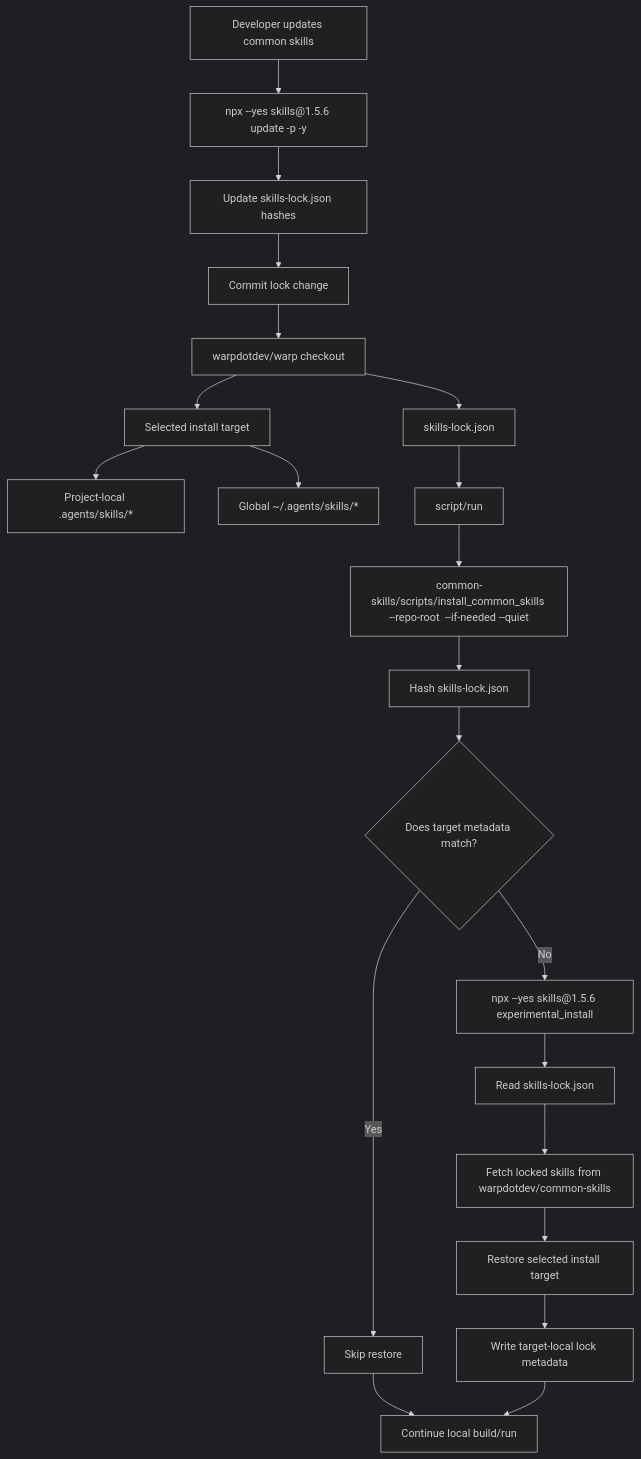
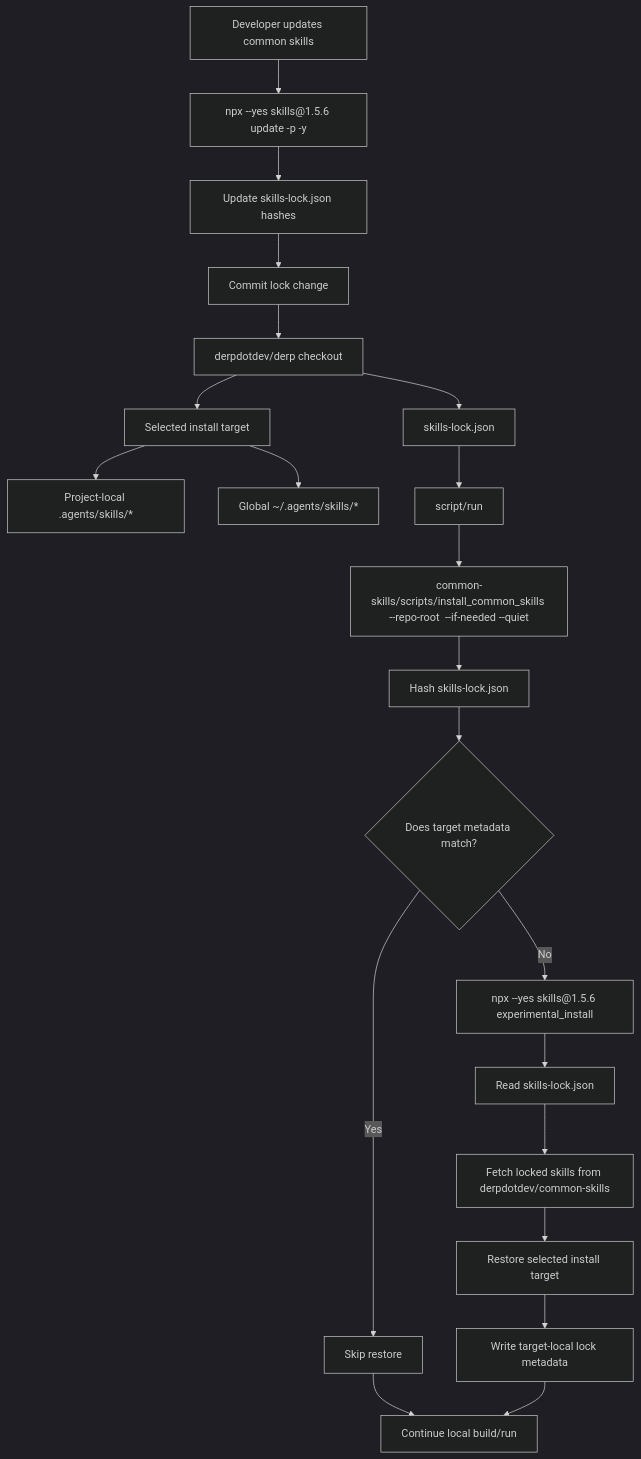
One commit to antikrust/krust-terminal changed the first of 2 diagrams in specs/common-skills-installation/TECH.md. Above: the diagram before and after it, drawn with Mermaid (dark theme). The commit also changed other lines of this file and 9069 other files, not shown here.

First line of the commit message:
Rebrand Warp -> Derp; vendor and disconnect all external deps

````diff
--- a/specs/common-skills-installation/TECH.md
+++ b/specs/common-skills-installation/TECH.md
@@ -14,27 +14,27 @@
 ```mermaid
 flowchart TD
-  A["warpdotdev/warp checkout"] --> B["skills-lock.json"]
+  A["derpdotdev/derp checkout"] --> B["skills-lock.json"]
   A --> C["Selected install target"]
   C --> C1["Project-local .agents/skills/*"]
   C --> C2["Global ~/.agents/skills/*"]
 
   B --> D["script/run"]
-  D --> E["common-skills/scripts/install_common_skills --repo-root <warp-checkout> --if-needed --quiet"]
+  D --> E["common-skills/scripts/install_common_skills --repo-root <derp-checkout> --if-needed --quiet"]
   E --> F["Hash skills-lock.json"]
   F --> G{"Does target metadata match?"}
 
   G -->|Yes| H["Skip restore"]
   H --> I["Continue local build/run"]
 
   G -->|No| J["npx --yes skills@1.5.6 experimental_install"]
   J --> K["Read skills-lock.json"]
-  K --> L["Fetch locked skills from warpdotdev/common-skills"]
+  K --> L["Fetch locked skills from derpdotdev/common-skills"]
   L --> M["Restore selected install target"]
   M --> N["Write target-local lock metadata"]
   N --> I
 
   O["Developer updates common skills"] --> P["npx --yes skills@1.5.6 update -p -y"]
   P --> Q["Update skills-lock.json hashes"]
   Q --> S["Commit lock change"]
   S --> A
 ```
````
